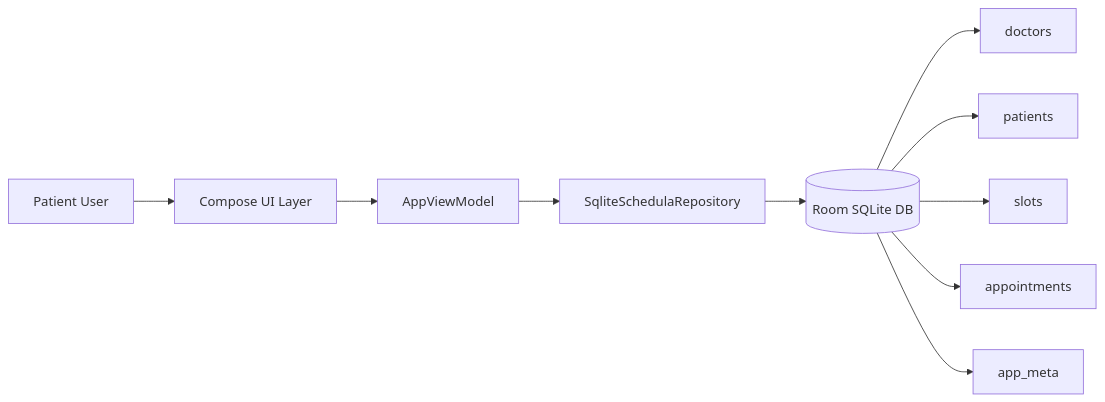
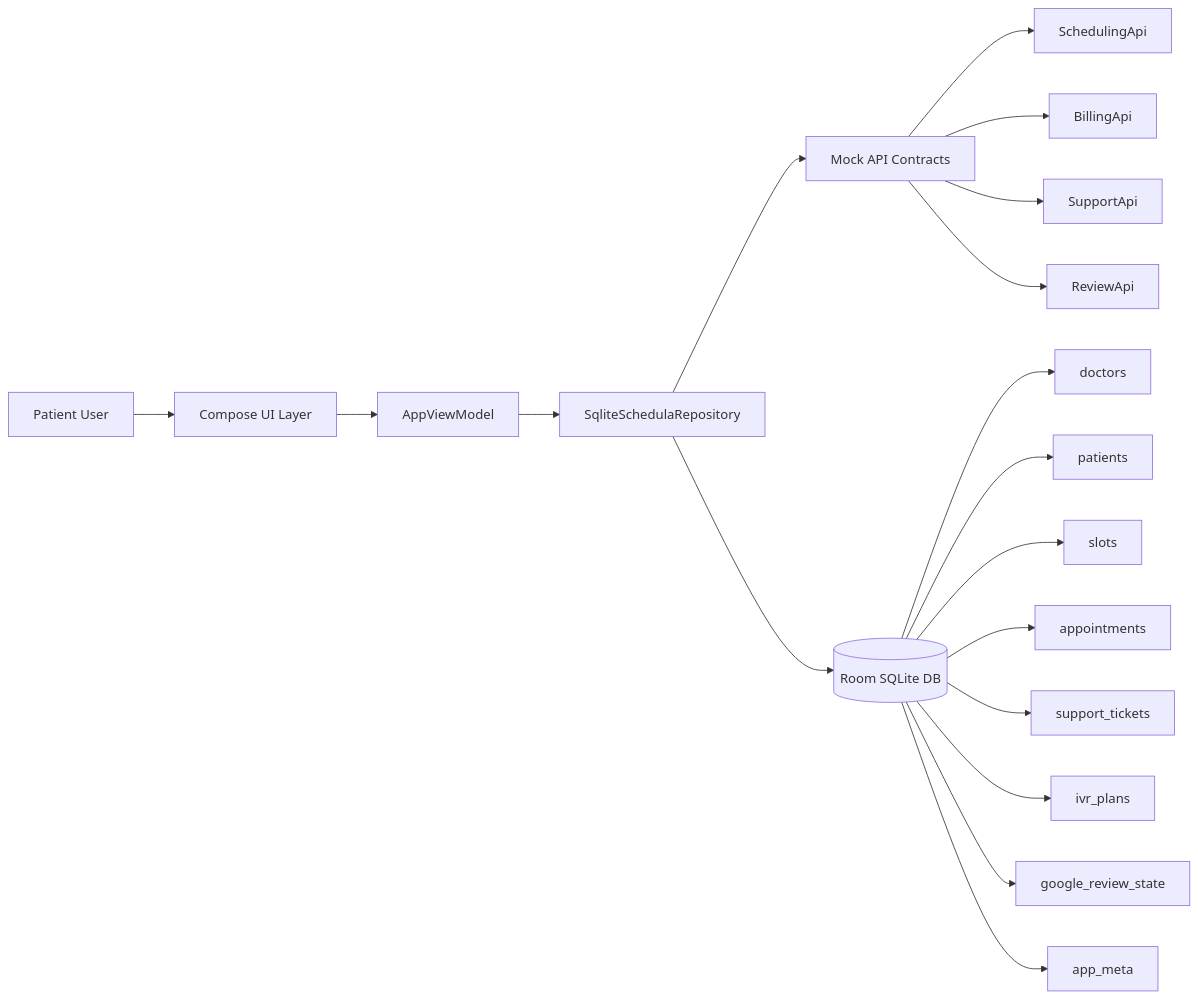
Before and after one commit to PearlThoughtsInternship/schedula-android-internship: the first of 2 diagrams in docs/architecture.md, drawn with Mermaid. The commit also changed other lines of this file and 3 other files, not shown here.

First line of the commit message:
docs: update architecture and data-flow references

````diff
--- a/docs/architecture.md
+++ b/docs/architecture.md
@@ -5,13 +5,22 @@
 ```mermaid
 flowchart LR
   U[Patient User] --> UI[Compose UI Layer]
   UI --> VM[AppViewModel]
   VM --> REPO[SqliteSchedulaRepository]
+  REPO --> API[Mock API Contracts]
   REPO --> DB[(Room SQLite DB)]
 
   DB --> D1[doctors]
   DB --> D2[patients]
   DB --> D3[slots]
   DB --> D4[appointments]
-  DB --> D5[app_meta]
+  DB --> D5[support_tickets]
+  DB --> D6[ivr_plans]
+  DB --> D7[google_review_state]
+  DB --> D8[app_meta]
+
+  API --> A1[SchedulingApi]
+  API --> A2[BillingApi]
+  API --> A3[SupportApi]
+  API --> A4[ReviewApi]
 ```
````
